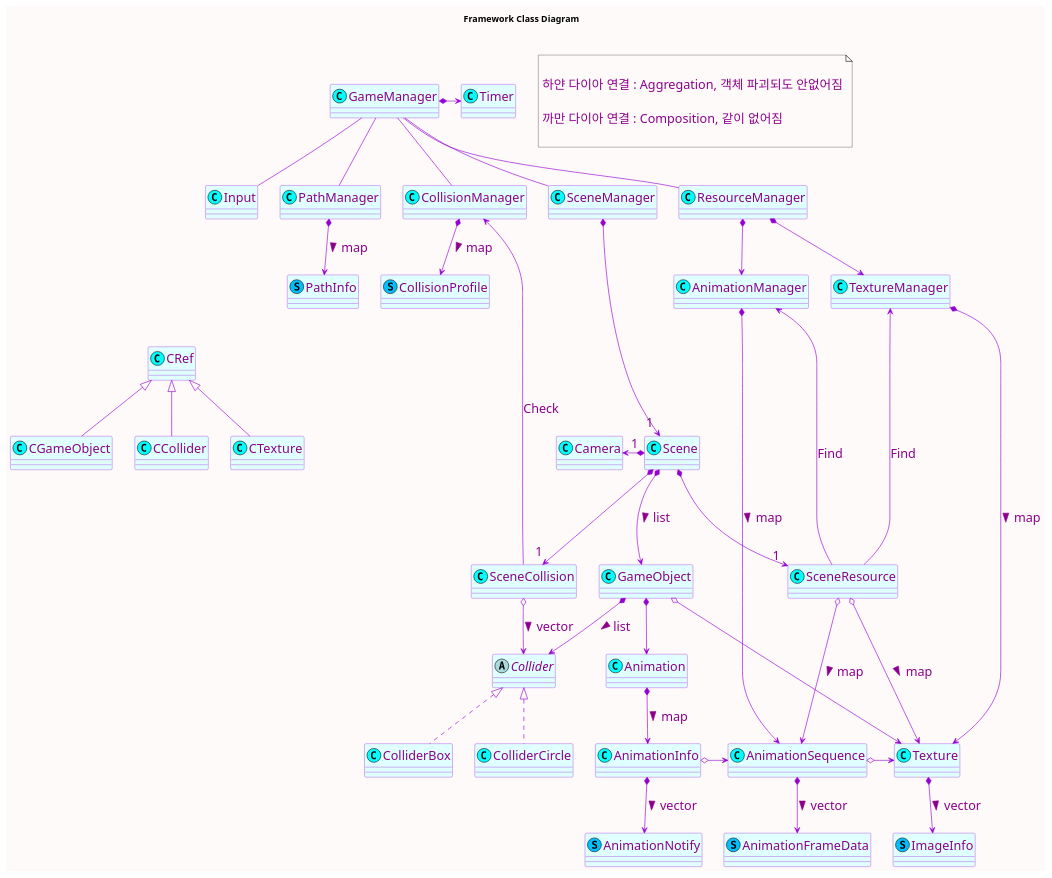
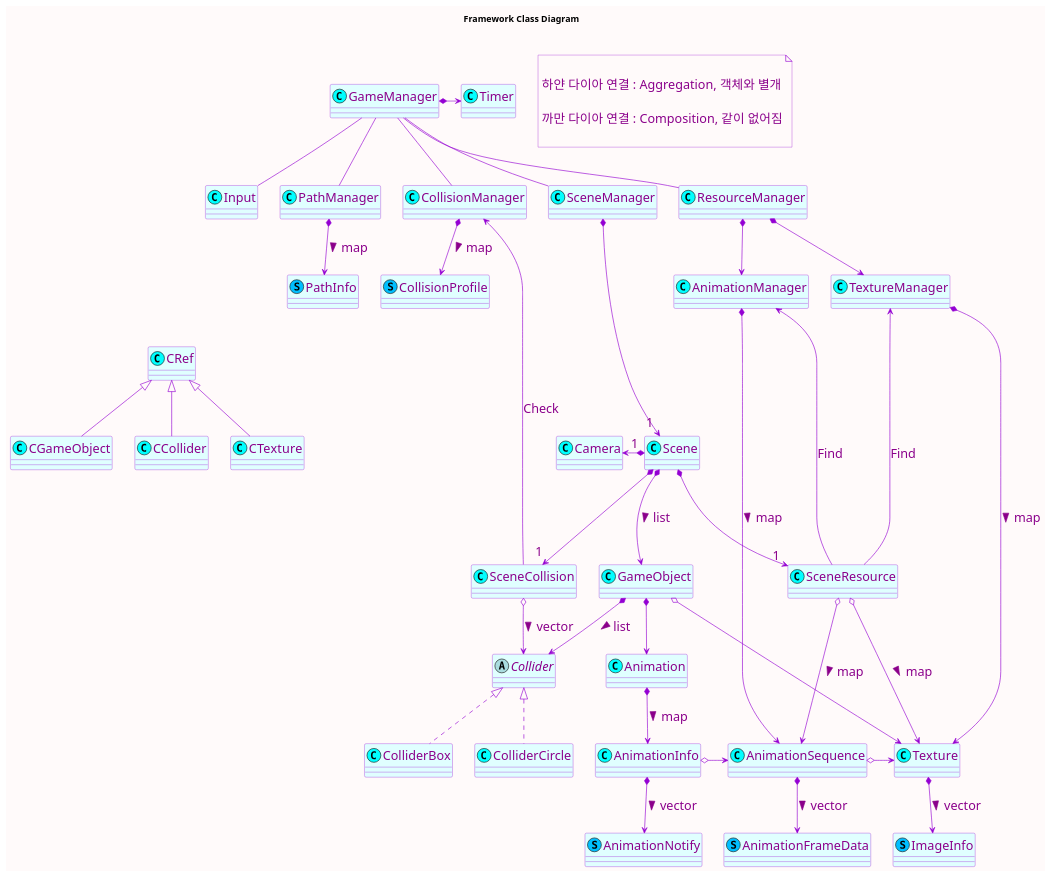
Before and after one commit to leekkang/StudyEngineering: the diagram in docs/diagram/object_diagram.wsd, drawn with PlantUML. The commit also changed 1 other file, not shown here.

Commit message:
edit plantuml

```diff
--- a/docs/diagram/object_diagram.wsd
+++ b/docs/diagram/object_diagram.wsd
@@ -1,137 +1,132 @@
 @startuml API Framework
 title Framework Class Diagram
 
 <style>
 classDiagram {
   BackgroundColor Snow
   FontColor DarkMagenta
-  'BorderColor #FFFFFF'
   FontName arial
   FontSize 20
-  'Padding 10'
-
+  LineColor DarkViolet
+  
   class {
     BackgroundColor LightCyan
-    LineColor DarkViolet
-  }
-  arrow {
-    LineColor DarkViolet
   }
 }
 </style>
 skinparam Shadowing false
 skinparam CircledCharacterFontColor DarkViolet
 'skinparam CircledCharacterFontSize 15'
 'skinparam CircledCharacterRadius 10'
 
 note as A
 
-  하얀 다이아 연결 : Aggregation, 객체 파괴되도 안없어짐
+  하얀 다이아 연결 : Aggregation, 객체와 별개
 
   까만 다이아 연결 : Composition, 같이 없어짐
 
 end note
 
 class GameManager <<(C, Aqua)>>
 class Timer <<(C, Aqua)>>
 
 class Input <<(C, Aqua)>>
 class PathManager <<(C, Aqua)>>
 class PathInfo <<(S, DeepSkyBlue)>>
 
 class CollisionManager <<(C, Aqua)>>
 class CollisionProfile <<(S, DeepSkyBlue)>>
 
 class SceneManager <<(C, Aqua)>>
 class Scene <<(C, Aqua)>>
 class GameObject <<(C, Aqua)>>
 class Camera <<(C, Aqua)>>
 class SceneCollision <<(C, Aqua)>>
 class SceneResource <<(C, Aqua)>>
 
 class ResourceManager <<(C, Aqua)>>
 class TextureManager <<(C, Aqua)>>
 class Texture <<(C, Aqua)>>
 class ImageInfo <<(S, DeepSkyBlue)>>
 
 class AnimationManager <<(C, Aqua)>>
 class AnimationSequence <<(C, Aqua)>>
 class Animation <<(C, Aqua)>>
 class AnimationInfo <<(C, Aqua)>>
 class AnimationNotify <<(S, DeepSkyBlue)>>
 class AnimationFrameData <<(S, DeepSkyBlue)>>
 
 
 abstract class Collider
 class ColliderBox <<(C, Aqua)>>
 class ColliderCircle <<(C, Aqua)>>
 
 
 class CRef <<(C, Aqua)>>
 class CGameObject <<(C, Aqua)>>
 class CCollider <<(C, Aqua)>>
 class CTexture <<(C, Aqua)>>
 
 GameManager -left- hidden
 hidden ---- CRef
 CRef <|-- CGameObject
 CRef <|--  CCollider
 CRef <|--  CTexture
 
 GameManager -left- hidden2
 hidden2 -- Input
 hidden2 -- PathManager
 
 GameManager *-right-> Timer
 GameManager -- Input
 GameManager -- PathManager
 PathManager *--> PathInfo : map >
 
 GameManager -- ResourceManager
 ResourceManager *--> TextureManager
 ResourceManager *--> AnimationManager
 TextureManager *----> Texture : map >
 AnimationManager *----> AnimationSequence : map >
 
 TextureManager -- hidden3
 AnimationManager -- hidden3
 hidden3 -- Scene
 
 GameManager -- CollisionManager
 CollisionManager *--> CollisionProfile : map >
 
 
 GameManager -- SceneManager
 SceneManager *----> " 1 " Scene
 Scene *-left-> " 1 " Camera
 Scene *---> " 1 " SceneResource
 Scene *---> " 1 " SceneCollision
 Scene *--->  GameObject : list >
 SceneCollision o-->  Collider : vector >
 
 SceneResource o---> Texture : map >
 Texture *--> ImageInfo : vector >
 SceneResource o---> AnimationSequence : map >
 SceneResource -up---> TextureManager : Find
 SceneResource -up---> AnimationManager : Find
 
 
 GameObject *-->  Collider : list >
 Collider <|..  ColliderBox
 Collider <|..  ColliderCircle
 SceneCollision -up-> CollisionManager : Check
 
 GameObject o--> Texture
 GameObject *--> Animation
 Animation *--> AnimationInfo : map >
 AnimationInfo *--> AnimationNotify : vector >
 AnimationInfo o-right-> AnimationSequence
 AnimationSequence o-> Texture
 AnimationSequence *--> AnimationFrameData : vector >
 
 hide hidden
 hide hidden2
 hide hidden3
 
 'stop'
 @enduml
```
